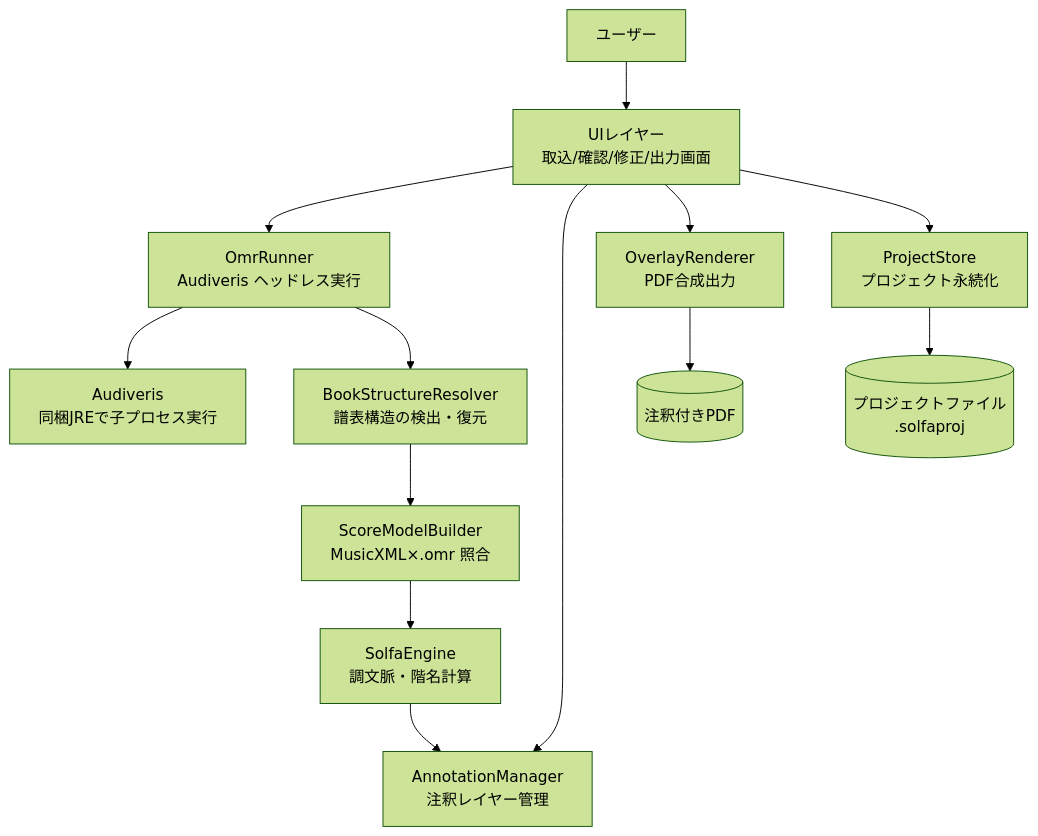
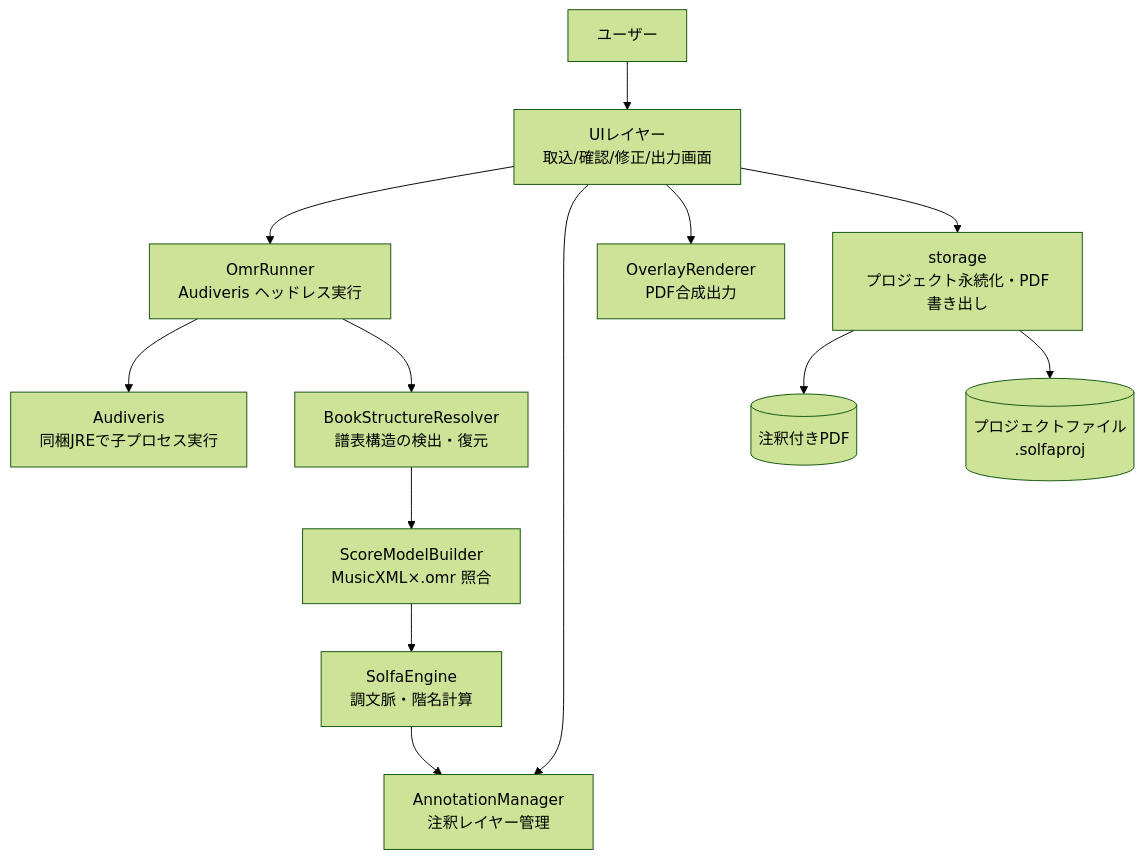
Before and after one commit to ntnamazu/solfa-overlay: the first of 4 diagrams in docs/functional-design.md, drawn with Mermaid (forest theme). The commit also changed other lines of this file and 2 other files, not shown here.

````diff
--- a/docs/functional-design.md
+++ b/docs/functional-design.md
@@ -11,28 +11,28 @@
 ```mermaid
 graph TB
     User[ユーザー]
     UI[UIレイヤー<br>取込/確認/修正/出力画面]
     OmrRunner[OmrRunner<br>Audiveris ヘッドレス実行]
     BookResolver[BookStructureResolver<br>譜表構造の検出・復元]
     ScoreBuilder[ScoreModelBuilder<br>MusicXML×.omr 照合]
     SolfaEngine[SolfaEngine<br>調文脈・階名計算]
     AnnotMgr[AnnotationManager<br>注釈レイヤー管理]
     Renderer[OverlayRenderer<br>PDF合成出力]
-    Store[ProjectStore<br>プロジェクト永続化]
+    Store[storage<br>プロジェクト永続化・PDF書き出し]
     Audiveris[Audiveris<br>同梱JREで子プロセス実行]
     Files[(プロジェクトファイル<br>.solfaproj)]
     OutPdf[(注釈付きPDF)]
 
     User --> UI
     UI --> OmrRunner
     UI --> AnnotMgr
     UI --> Renderer
     OmrRunner --> Audiveris
     OmrRunner --> BookResolver
     BookResolver --> ScoreBuilder
     ScoreBuilder --> SolfaEngine
     SolfaEngine --> AnnotMgr
     UI --> Store
-    Renderer --> OutPdf
+    Store --> OutPdf
     Store --> Files
 ```
````
